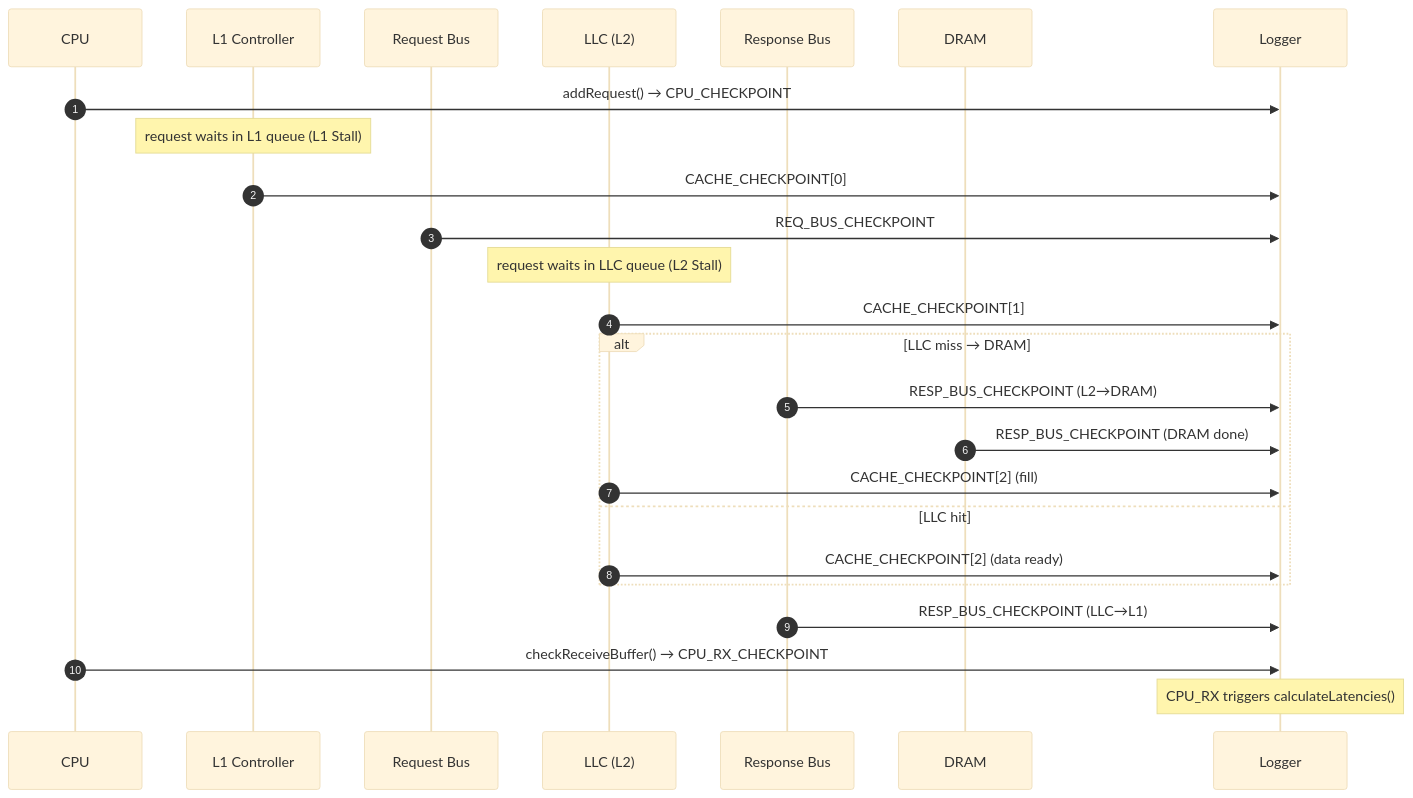
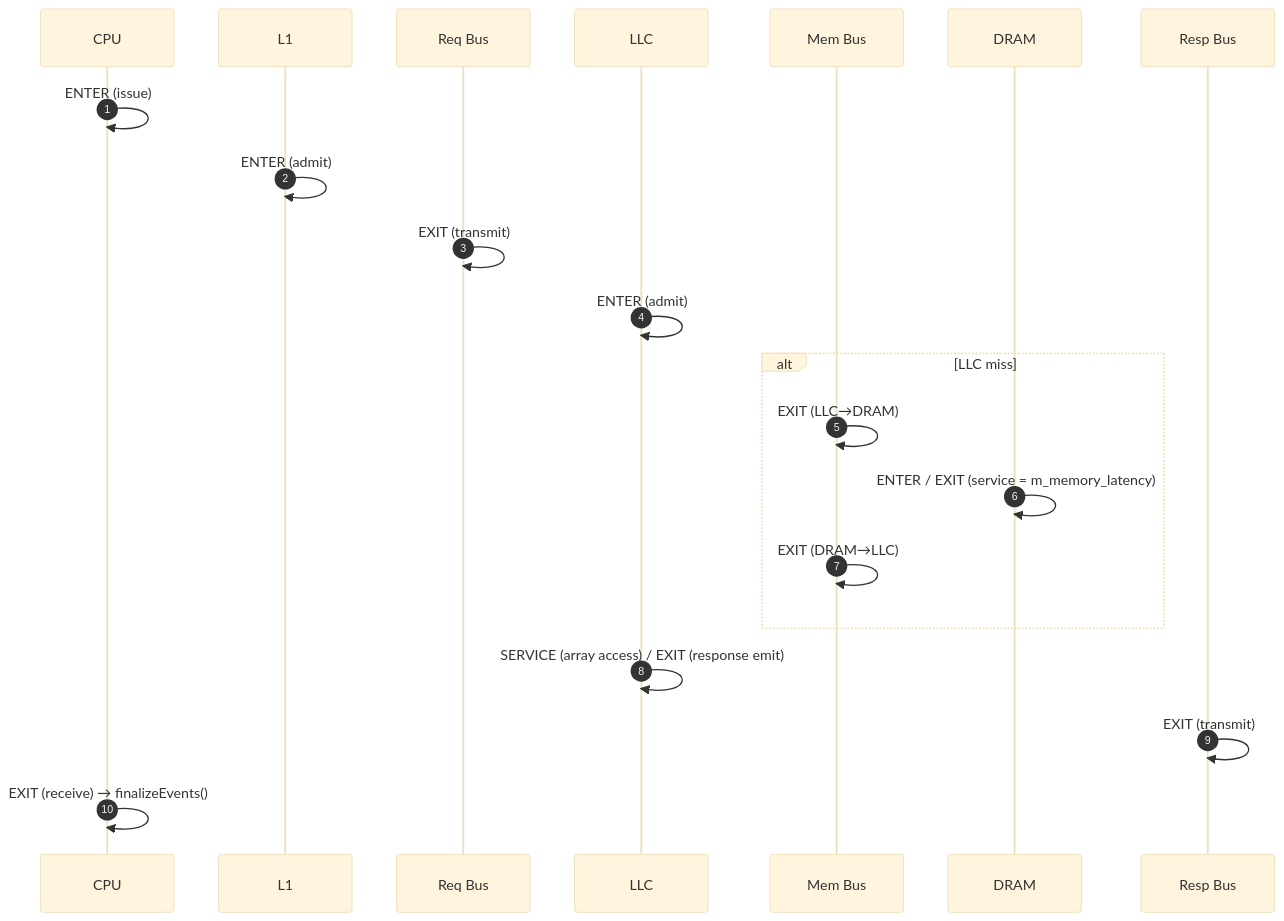
One commit to FanosResearch/OctopusSimulator changed the second of 2 diagrams in docs/Logger.md. Above: the diagram before and after it, drawn with Mermaid (base theme). The commit also changed other lines of this file and 16 other files, not shown here.

````diff
--- a/docs/Logger.md
+++ b/docs/Logger.md
@@ -75,28 +96,23 @@
 ```mermaid
 sequenceDiagram
     autonumber
     participant CPU
-    participant L1 as L1 Controller
-    participant RB as Request Bus
-    participant LLC as LLC (L2)
-    participant RESP as Response Bus
+    participant L1
+    participant RB as Req Bus
+    participant LLC
+    participant MB as Mem Bus
     participant DR as DRAM
-    participant LOG as Logger
-
-    CPU->>LOG: addRequest() → CPU_CHECKPOINT
-    Note over L1: request waits in L1 queue (L1 Stall)
-    L1->>LOG: CACHE_CHECKPOINT[0]
-    RB->>LOG: REQ_BUS_CHECKPOINT
-    Note over LLC: request waits in LLC queue (L2 Stall)
-    LLC->>LOG: CACHE_CHECKPOINT[1]
-    alt LLC miss → DRAM
-        RESP->>LOG: RESP_BUS_CHECKPOINT (L2→DRAM)
-        DR->>LOG: RESP_BUS_CHECKPOINT (DRAM done)
-        LLC->>LOG: CACHE_CHECKPOINT[2] (fill)
-    else LLC hit
-        LLC->>LOG: CACHE_CHECKPOINT[2] (data ready)
+    participant RSB as Resp Bus
+    CPU->>CPU: ENTER (issue)
+    L1->>L1: ENTER (admit)
+    RB->>RB: EXIT (transmit)
+    LLC->>LLC: ENTER (admit)
+    alt LLC miss
+        MB->>MB: EXIT (LLC→DRAM)
+        DR->>DR: ENTER / EXIT (service = m_memory_latency)
+        MB->>MB: EXIT (DRAM→LLC)
     end
-    RESP->>LOG: RESP_BUS_CHECKPOINT (LLC→L1)
-    CPU->>LOG: checkReceiveBuffer() → CPU_RX_CHECKPOINT
-    Note over LOG: CPU_RX triggers calculateLatencies()
+    LLC->>LLC: SERVICE (array access) / EXIT (response emit)
+    RSB->>RSB: EXIT (transmit)
+    CPU->>CPU: EXIT (receive) → finalizeEvents()
 ```
````
